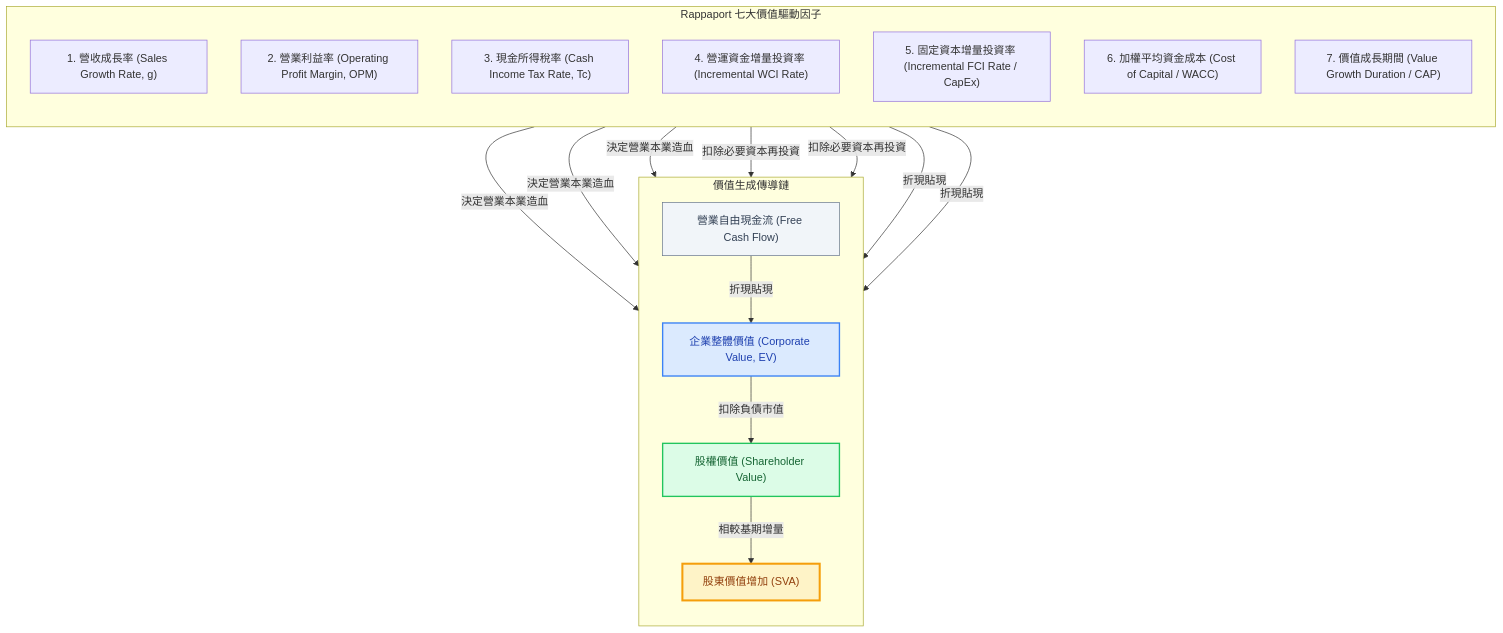
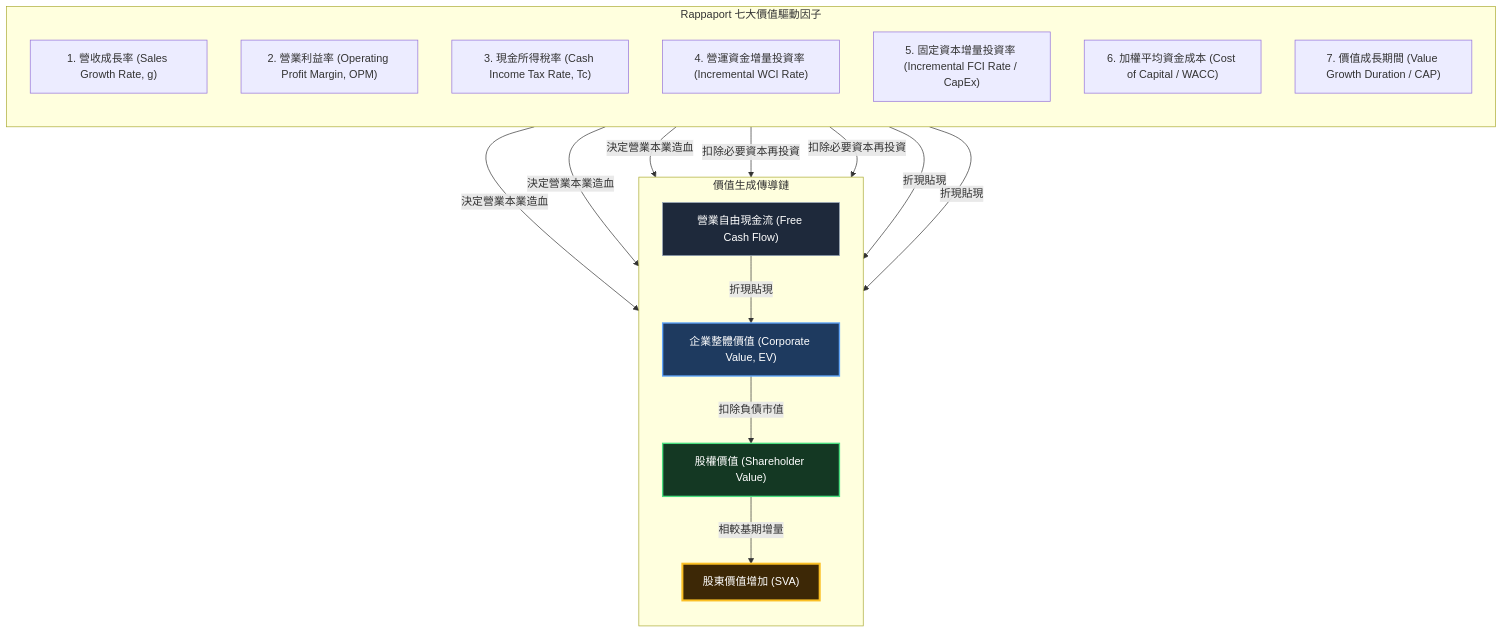
The diagram in src/site/notes/98_商業概念庫/sva_股東價值增加.md (Jimlin0428/my-digital-garden), drawn with Mermaid before and after one commit. The commit also changed 58 other files, not shown here.

````diff
--- a/src/site/notes/98_商業概念庫/sva_股東價值增加.md
+++ b/src/site/notes/98_商業概念庫/sva_股東價值增加.md
@@ -30,32 +30,32 @@
 ```mermaid
 flowchart TD
     subgraph Drivers ["Rappaport 七大價值驅動因子"]
         direction TB
         D1["1. 營收成長率 (Sales Growth Rate, g)"]
         D2["2. 營業利益率 (Operating Profit Margin, OPM)"]
         D3["3. 現金所得稅率 (Cash Income Tax Rate, Tc)"]
         D4["4. 營運資金增量投資率 (Incremental WCI Rate)"]
         D5["5. 固定資本增量投資率 (Incremental FCI Rate / CapEx)"]
         D6["6. 加權平均資金成本 (Cost of Capital / WACC)"]
         D7["7. 價值成長期間 (Value Growth Duration / CAP)"]
     end
 
     subgraph Valuation ["價值生成傳導鏈"]
         direction TB
         FCF["營業自由現金流 (Free Cash Flow)"]
         EV["企業整體價值 (Corporate Value, EV)"]
         EqV["股權價值 (Shareholder Value)"]
         SVA["股東價值增加 (SVA)"]
     end
 
     D1 & D2 & D3 -->|"決定營業本業造血"| FCF
     D4 & D5 -->|"扣除必要資本再投資"| FCF
     FCF & D6 & D7 -->|"折現貼現"| EV
     EV -->|"扣除負債市值"| EqV
     EqV -->|"相較基期增量"| SVA
 
-    style SVA fill:#fef3c7,stroke:#f59e0b,stroke-width:3px,color:#92400e
-    style EqV fill:#dcfce7,stroke:#22c55e,stroke-width:2px,color:#166534
-    style EV fill:#dbeafe,stroke:#3b82f6,stroke-width:2px,color:#1e40af
-    style FCF fill:#f1f5f9,stroke:#64748b,stroke-width:1px,color:#334155
+    style SVA fill:#3d2806,stroke:#fbbf24,stroke-width:3px,color:#ffffff
+    style EqV fill:#143823,stroke:#4ade80,stroke-width:2px,color:#ffffff
+    style EV fill:#1e3a5f,stroke:#60a5fa,stroke-width:2px,color:#ffffff
+    style FCF fill:#1e293b,stroke:#94a3b8,stroke-width:1px,color:#ffffff
 ```
````
